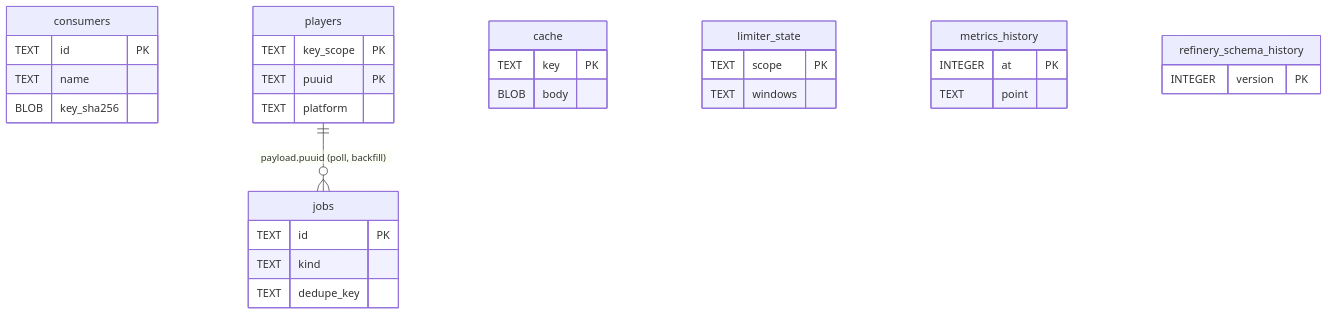
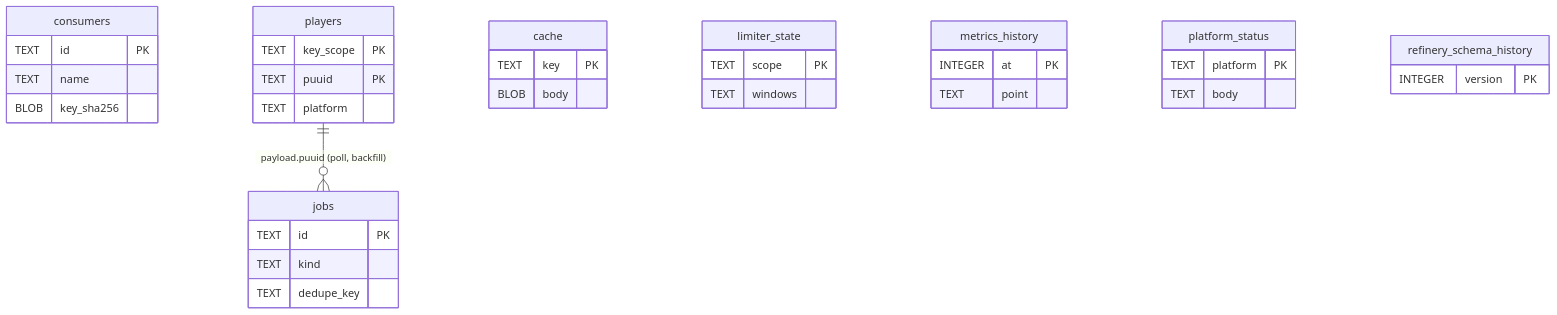
One commit to NinjaGoldfinch/riot-proxy changed the first of 2 diagrams in docs/data/schema.md. Above: the diagram before and after it, drawn with Mermaid. The commit also changed other lines of this file and 73 other files, not shown here.

First line of the commit message:
feat(status): read every platform's status on a timer into the cache and platform_status

````diff
--- a/docs/data/schema.md
+++ b/docs/data/schema.md
@@ -17,34 +17,38 @@
 ```mermaid
 erDiagram
     consumers {
         TEXT id PK
         TEXT name
         BLOB key_sha256
     }
     players {
         TEXT key_scope PK
         TEXT puuid PK
         TEXT platform
     }
     jobs {
         TEXT id PK
         TEXT kind
         TEXT dedupe_key
     }
     cache {
         TEXT key PK
         BLOB body
     }
     limiter_state {
         TEXT scope PK
         TEXT windows
     }
     metrics_history {
         INTEGER at PK
         TEXT point
     }
+    platform_status {
+        TEXT platform PK
+        TEXT body
+    }
     refinery_schema_history {
         INTEGER version PK
     }
     players ||--o{ jobs : "payload.puuid (poll, backfill)"
 ```
````
